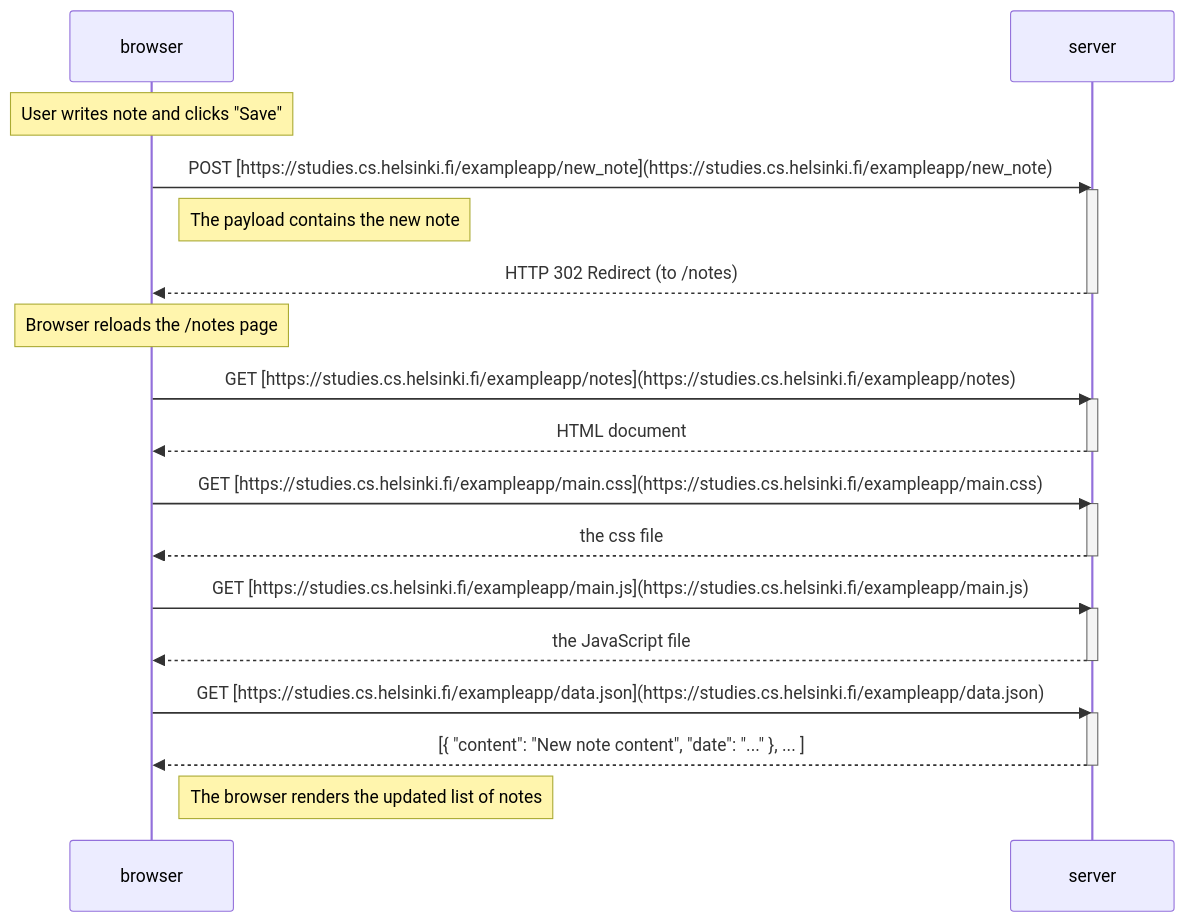
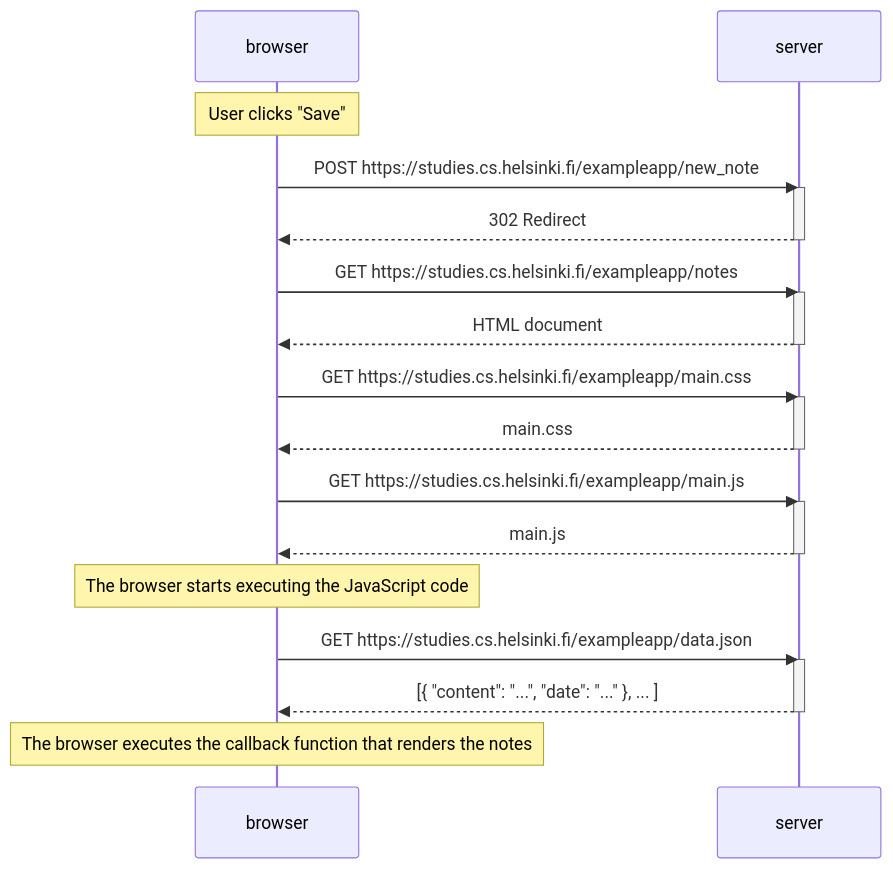
Before and after one commit to Sanjay-jayesh/Full-Stack-Open-: the diagram in Part 0/exercise_0_4.md, drawn with Mermaid.

Commit message:
Fixed the overall design

````diff
--- a/Part 0/exercise_0_4.md
+++ b/Part 0/exercise_0_4.md
@@ -1,38 +1,36 @@
 ```mermaid
 sequenceDiagram
     participant browser
     participant server
 
-    Note over browser: User writes note and clicks "Save"
+    Note over browser: User clicks "Save"
 
-    browser->>server: POST [https://studies.cs.helsinki.fi/exampleapp/new_note](https://studies.cs.helsinki.fi/exampleapp/new_note)
+    browser->>server: POST https://studies.cs.helsinki.fi/exampleapp/new_note
     activate server
-    Note right of browser: The payload contains the new note
-
-    server-->>browser: HTTP 302 Redirect (to /notes)
+    server-->>browser: 302 Redirect
     deactivate server
 
-    Note over browser: Browser reloads the /notes page
-
-    browser->>server: GET [https://studies.cs.helsinki.fi/exampleapp/notes](https://studies.cs.helsinki.fi/exampleapp/notes)
+    browser->>server: GET https://studies.cs.helsinki.fi/exampleapp/notes
     activate server
     server-->>browser: HTML document
     deactivate server
 
-    browser->>server: GET [https://studies.cs.helsinki.fi/exampleapp/main.css](https://studies.cs.helsinki.fi/exampleapp/main.css)
+    browser->>server: GET https://studies.cs.helsinki.fi/exampleapp/main.css
     activate server
-    server-->>browser: the css file
+    server-->>browser: main.css
     deactivate server
 
-    browser->>server: GET [https://studies.cs.helsinki.fi/exampleapp/main.js](https://studies.cs.helsinki.fi/exampleapp/main.js)
+    browser->>server: GET https://studies.cs.helsinki.fi/exampleapp/main.js
     activate server
-    server-->>browser: the JavaScript file
+    server-->>browser: main.js
     deactivate server
 
-    browser->>server: GET [https://studies.cs.helsinki.fi/exampleapp/data.json](https://studies.cs.helsinki.fi/exampleapp/data.json)
+    Note over browser: The browser starts executing the JavaScript code
+
+    browser->>server: GET https://studies.cs.helsinki.fi/exampleapp/data.json
     activate server
-    server-->>browser: [{ "content": "New note content", "date": "..." }, ... ]
+    server-->>browser: [{ "content": "...", "date": "..." }, ... ]
     deactivate server
 
-    Note right of browser: The browser renders the updated list of notes
+    Note over browser: The browser executes the callback function that renders the notes
 ```
````
